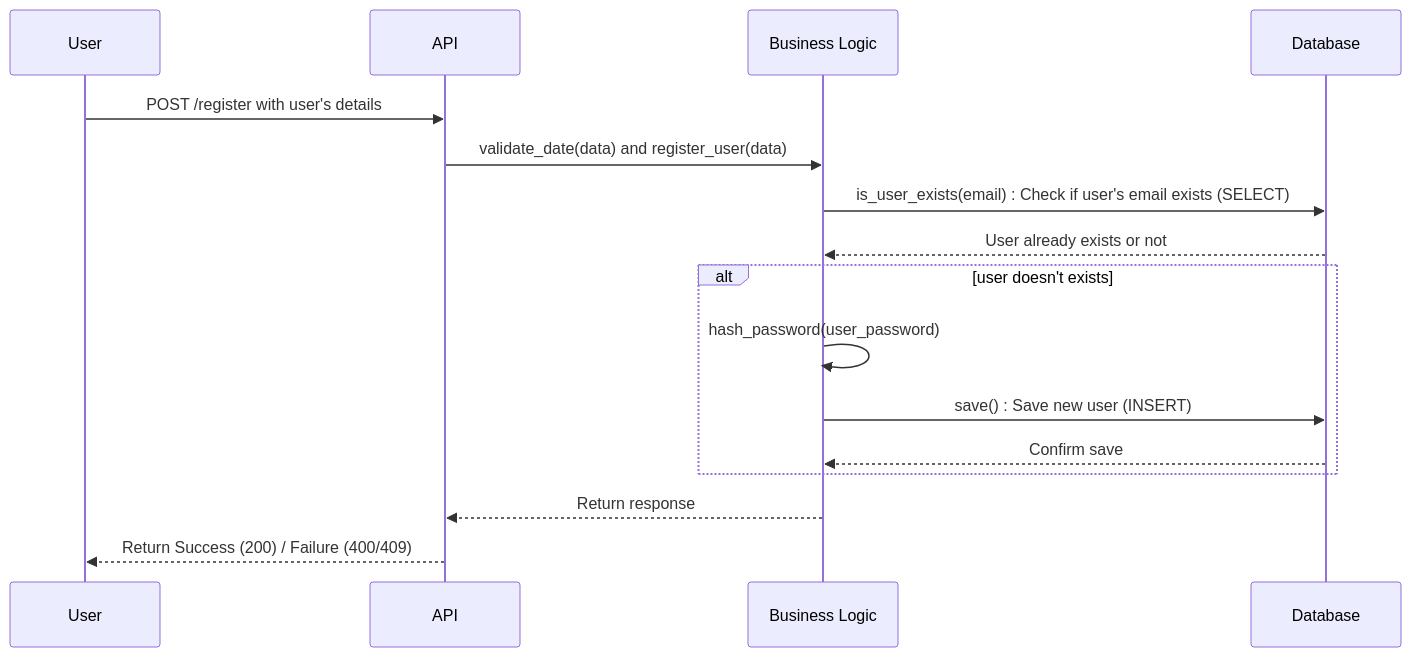
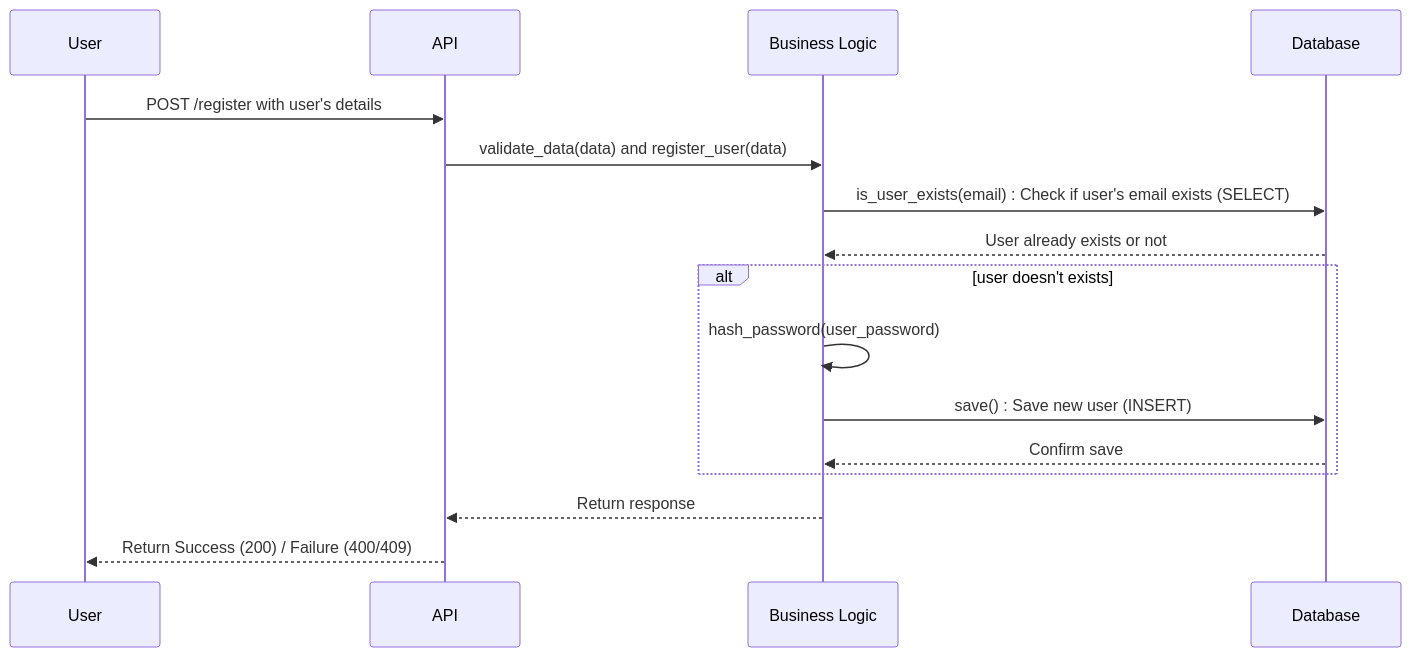
Before and after one commit to rmarcais/holbertonschool-hbnb: the diagram in part1/task2/userRegistration.mermaid, drawn with Mermaid. The commit also changed 2 other files, not shown here.

Commit message:
Update methods' names and add reviewSubmission.mermaid

```diff
--- a/part1/task2/userRegistration.mermaid
+++ b/part1/task2/userRegistration.mermaid
@@ -1,17 +1,17 @@
 sequenceDiagram
     participant User
     participant API
     participant Business Logic
     participant Database
 
     User ->> API: POST /register with user's details
-    API ->> Business Logic: validate_date(data) and register_user(data)
+    API ->> Business Logic: validate_data(data) and register_user(data)
     Business Logic ->> Database: is_user_exists(email) : Check if user's email exists (SELECT)
     Database -->> Business Logic: User already exists or not
     alt user doesn't exists
         Business Logic ->> Business Logic: hash_password(user_password)
         Business Logic ->> Database: save() : Save new user (INSERT)
         Database -->> Business Logic: Confirm save
     end
     Business Logic -->> API: Return response
     API -->> User: Return Success (200) / Failure (400/409)
```
